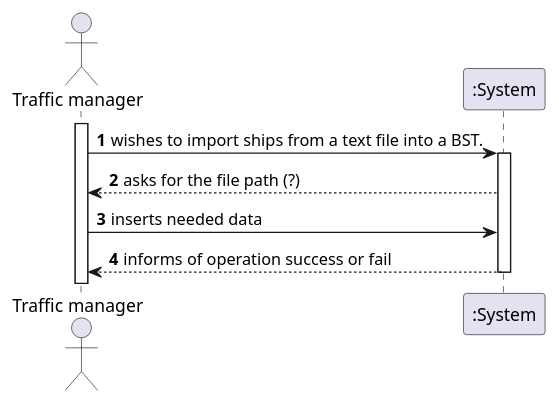
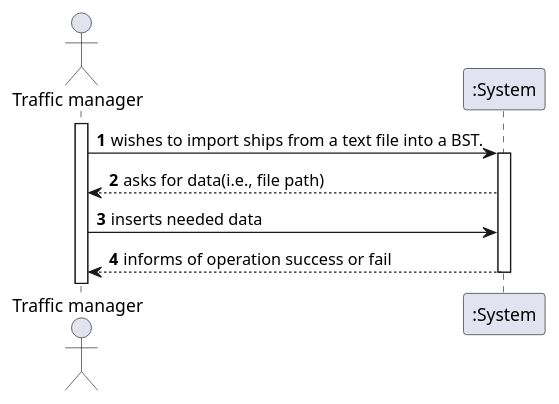
One commit to ana-albergaria/LAPR3-ISEP changed the diagram in docs/US101/US_101_SSD.puml. Above: the diagram before and after it, drawn with PlantUML. The commit also changed 3 other files, not shown here.

```diff
--- a/docs/US101/US_101_SSD.puml
+++ b/docs/US101/US_101_SSD.puml
@@ -1,16 +1,16 @@
 @startuml
 'https://plantuml.com/sequence-diagram
 
 autonumber
 actor "Traffic manager" as TM
 
 activate TM
 TM-> ":System" : wishes to import ships from a text file into a BST.
 activate ":System"
-":System" --> TM : asks for the file path (?)
+":System" --> TM : asks for data(i.e., file path)
 TM-> ":System" : inserts needed data
 ":System" --> TM : informs of operation success or fail
 
 deactivate ":System"
 
 @enduml
```
